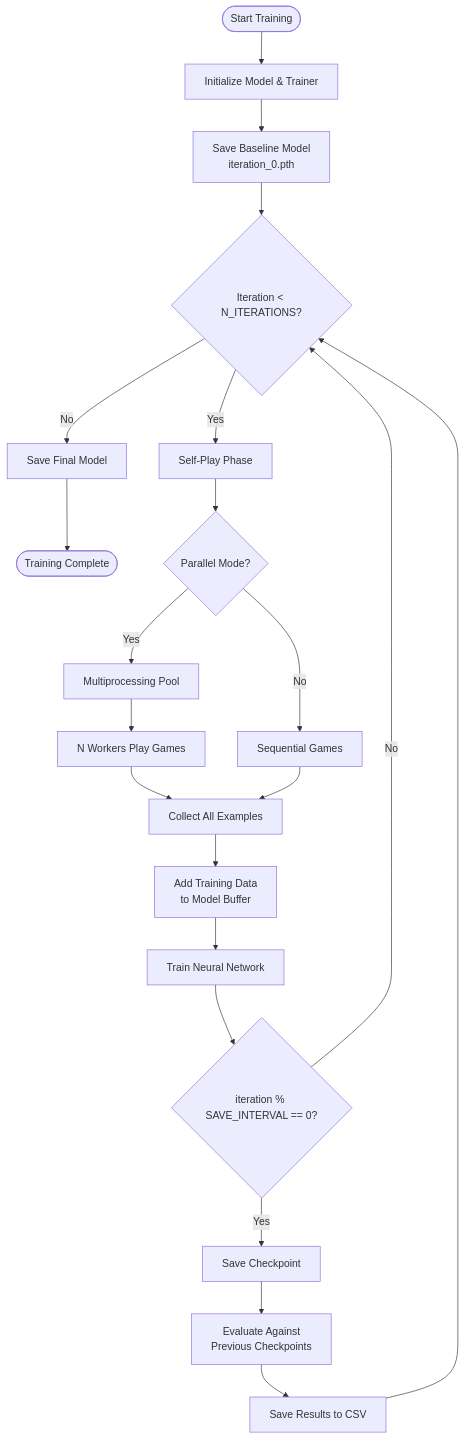
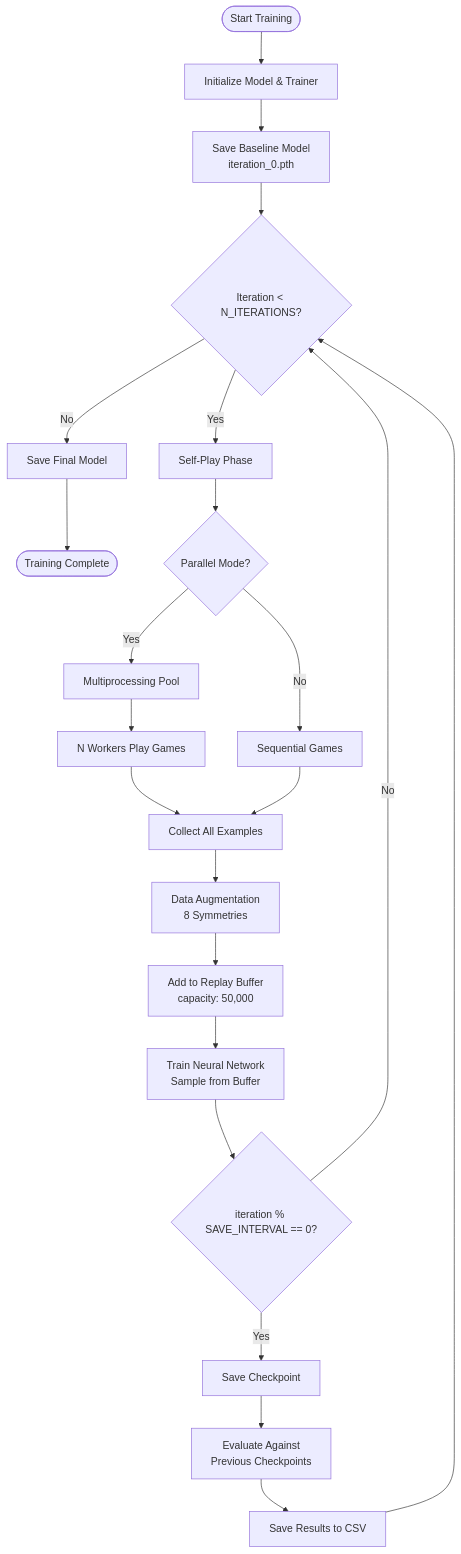
The second of 7 diagrams in TECHNICAL_DOCUMENTATION.md (nottherealsanta/alpha-toe-zero), drawn with Mermaid before and after one commit. The commit also changed other lines of this file and 3 other files, not shown here.

````diff
--- a/TECHNICAL_DOCUMENTATION.md
+++ b/TECHNICAL_DOCUMENTATION.md
@@ -136,31 +147,32 @@
 ```mermaid
 flowchart TD
     Start([Start Training]) --> Init[Initialize Model & Trainer]
     Init --> SaveBaseline[Save Baseline Model<br/>iteration_0.pth]
     SaveBaseline --> IterLoop{Iteration < N_ITERATIONS?}
     
     IterLoop -->|Yes| SelfPlay[Self-Play Phase]
     IterLoop -->|No| SaveFinal[Save Final Model]
     SaveFinal --> End([Training Complete])
     
     SelfPlay --> ParallelCheck{Parallel Mode?}
     
     ParallelCheck -->|Yes| MultiProc[Multiprocessing Pool]
     MultiProc --> Workers[N Workers Play Games]
     Workers --> Collect[Collect All Examples]
     
     ParallelCheck -->|No| Sequential[Sequential Games]
     Sequential --> Collect
     
-    Collect --> AddData[Add Training Data<br/>to Model Buffer]
-    AddData --> TrainNN[Train Neural Network]
+    Collect --> Augment[Data Augmentation<br/>8 Symmetries]
+    Augment --> AddData[Add to Replay Buffer<br/>capacity: 50,000]
+    AddData --> TrainNN[Train Neural Network<br/>Sample from Buffer]
     
     TrainNN --> CheckpointCheck{iteration % SAVE_INTERVAL == 0?}
     
     CheckpointCheck -->|Yes| SaveCheckpoint[Save Checkpoint]
     SaveCheckpoint --> EvalLoop[Evaluate Against<br/>Previous Checkpoints]
     EvalLoop --> SaveCSV[Save Results to CSV]
     SaveCSV --> IterLoop
     
     CheckpointCheck -->|No| IterLoop
 ```
````
